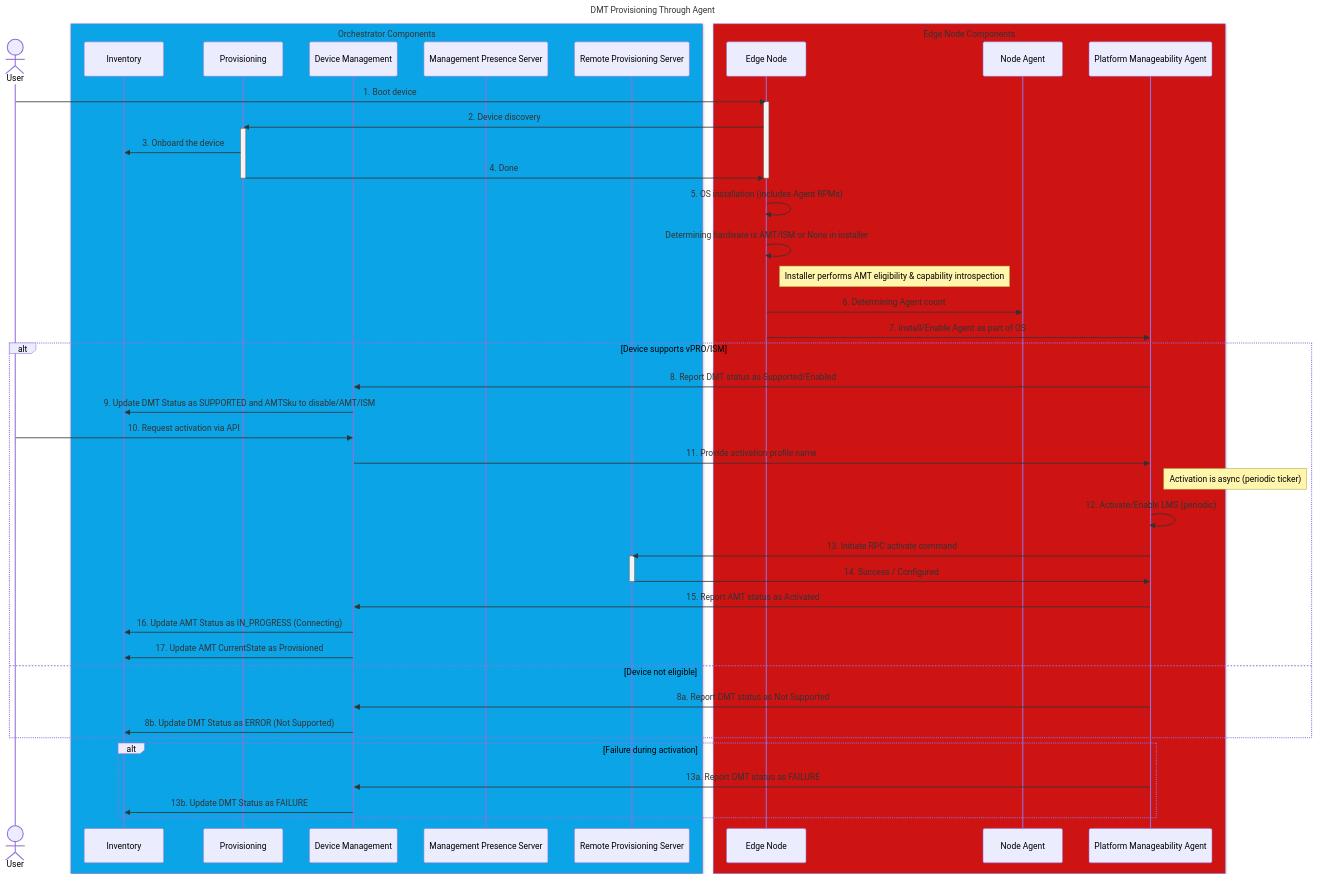
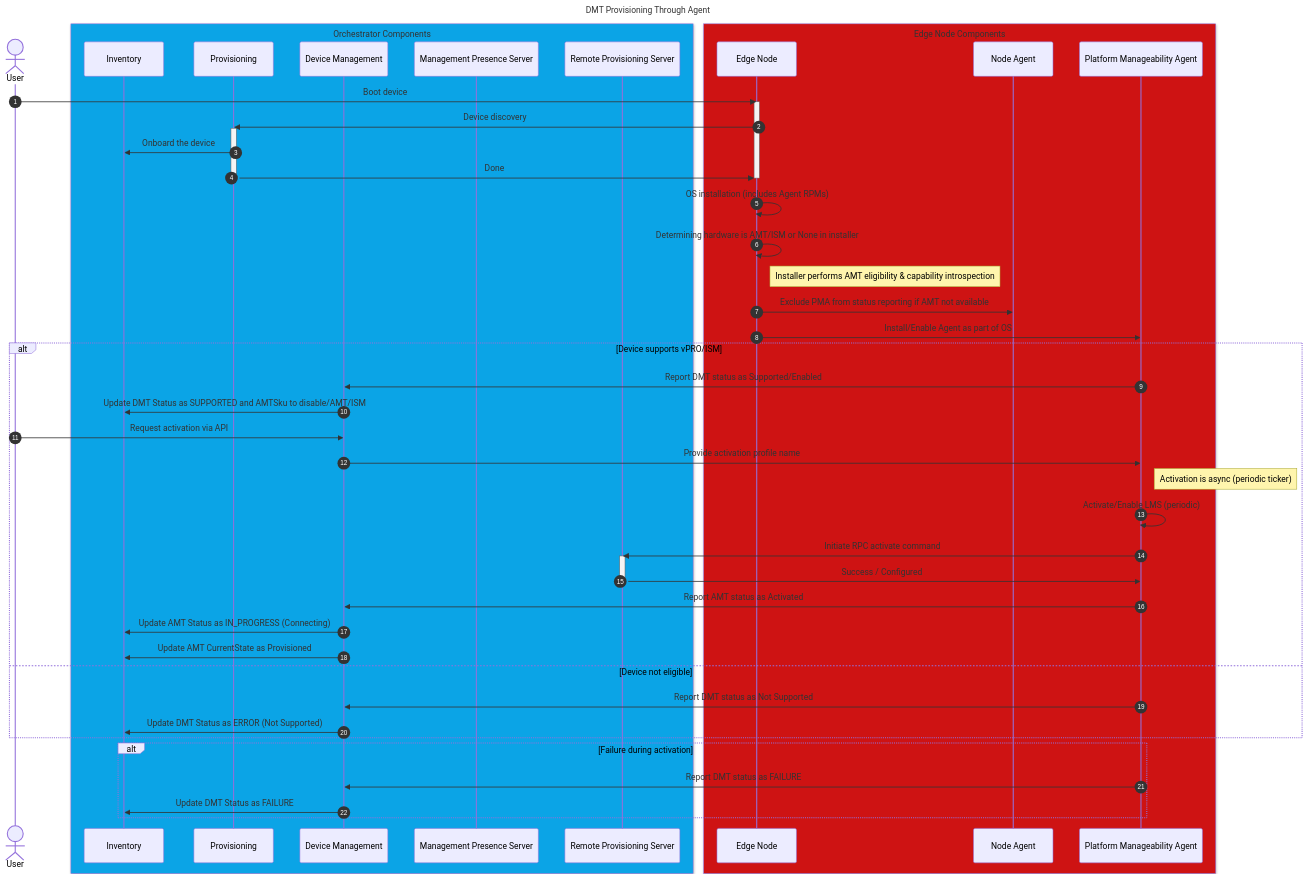
One commit to open-edge-platform/edge-manageability-framework changed the diagram in design-proposals/vpro-device.md. Above: the diagram before and after it, drawn with Mermaid.

Commit message:
added Autonumber and PMA reporting status

````diff
--- a/design-proposals/vpro-device.md
+++ b/design-proposals/vpro-device.md
@@ -59,66 +59,67 @@
 ```mermaid
 sequenceDiagram
+    autonumber
     title DMT Provisioning Through Agent
 
     actor us as User
 
     box rgba(11, 164, 230, 1) Orchestrator Components
         participant inv as Inventory
         participant ps as Provisioning
         participant dm as Device Management
         participant mps as Management Presence Server
         participant rps as Remote Provisioning Server
     end
 
     box rgba(206, 19, 19, 1) Edge Node Components
         participant en as Edge Node
         participant nagent as Node Agent
         participant agent as Platform Manageability Agent
     end
 
-    us ->> en: 1. Boot device
+    us ->> en: Boot device
     activate en
-    en ->> ps: 2. Device discovery
+    en ->> ps:  Device discovery
     activate ps
-    ps ->> inv: 3. Onboard the device
-    ps ->> en: 4. Done
+    ps ->> inv:  Onboard the device
+    ps ->> en:  Done
     deactivate ps
     deactivate en
 
-    en ->> en: 5. OS installation (includes Agent RPMs)
+    en ->> en:  OS installation (includes Agent RPMs)
     en ->> en: Determining hardware is AMT/ISM or None in installer
     Note right of en: Installer performs AMT eligibility & capability introspection
-    en ->> nagent: 6. Determining Agent count
-    en ->> agent: 7. Install/Enable Agent as part of OS
+    en ->> nagent:  Exclude PMA from status reporting if AMT not available
+    en ->> agent:  Install/Enable Agent as part of OS
 
     
 
     alt Device supports vPRO/ISM
-        agent ->> dm: 8. Report DMT status as Supported/Enabled
-        dm ->> inv: 9. Update DMT Status as SUPPORTED and AMTSku to disable/AMT/ISM
+        agent ->> dm:  Report DMT status as Supported/Enabled
+        dm ->> inv:  Update DMT Status as SUPPORTED and AMTSku to disable/AMT/ISM
 
-        us ->> dm: 10. Request activation via API
-        dm ->> agent: 11. Provide activation profile name
+        us ->> dm:  Request activation via API
+        dm ->> agent:  Provide activation profile name
 
         Note right of agent: Activation is async (periodic ticker)
 
-        agent ->> agent: 12. Activate/Enable LMS (periodic)
-        agent ->> rps: 13. Initiate RPC activate command
+        agent ->> agent:  Activate/Enable LMS (periodic)
+        agent ->> rps:  Initiate RPC activate command
         activate rps
-        rps ->> agent: 14. Success / Configured
+        rps ->> agent:  Success / Configured
         deactivate rps
 
-        agent ->> dm: 15. Report AMT status as Activated
-        dm ->> inv: 16. Update AMT Status as IN_PROGRESS (Connecting)
-        dm ->> inv: 17. Update AMT CurrentState as Provisioned
+        agent ->> dm:  Report AMT status as Activated
+        dm ->> inv:  Update AMT Status as IN_PROGRESS (Connecting)
+        dm ->> inv:  Update AMT CurrentState as Provisioned
 
     else Device not eligible
-        agent ->> dm: 8a. Report DMT status as Not Supported
-        dm ->> inv: 8b. Update DMT Status as ERROR (Not Supported)
+        agent ->> dm:  Report DMT status as Not Supported
+        dm ->> inv:  Update DMT Status as ERROR (Not Supported)
     end
 
     alt Failure during activation
-        agent ->> dm: 13a. Report DMT status as FAILURE
-        dm ->> inv: 13b. Update DMT Status as FAILURE
+        agent ->> dm:  Report DMT status as FAILURE
+        dm ->> inv:  Update DMT Status as FAILURE
     end
 ```
````
